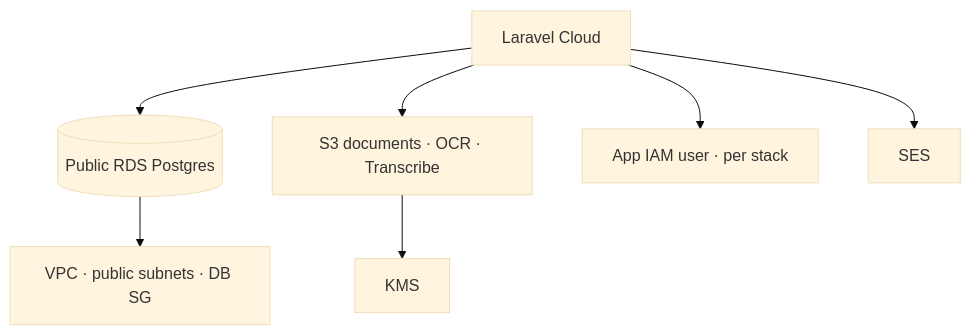
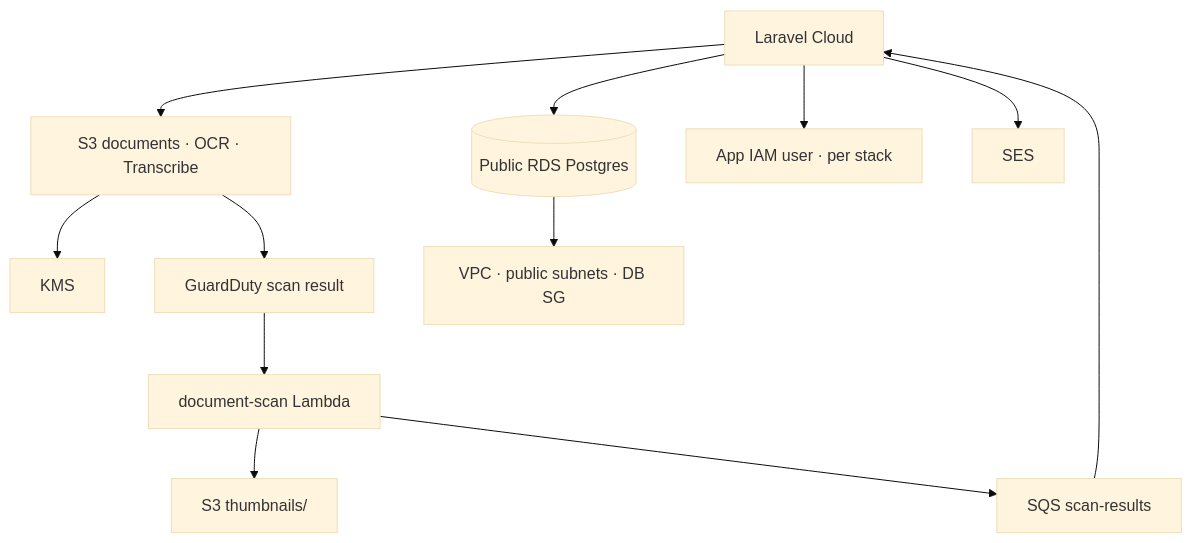
The diagram in apps/platform/infra/README.md (NielsvanHoof/kadans), drawn with Mermaid (base theme) before and after one commit. The commit also changed other lines of this file and 102 other files, not shown here.

First line of the commit message:
Scan-gated document thumbnails via a Go Lambda

````diff
--- a/apps/platform/infra/README.md
+++ b/apps/platform/infra/README.md
@@ -53,9 +53,12 @@
 ```mermaid
 flowchart TB
   Cloud[Laravel Cloud] --> RDS[(Public RDS Postgres)]
   Cloud --> Docs[S3 documents · OCR · Transcribe]
   Cloud --> IAM[App IAM user · per stack]
   Cloud --> SES[SES]
   Docs --> KMS[KMS]
+  Docs --> Scan[GuardDuty scan result] --> Lambda[document-scan Lambda]
+  Lambda --> Thumbs[S3 thumbnails/]
+  Lambda --> ScanQ[SQS scan-results] --> Cloud
   RDS --> VPC[VPC · public subnets · DB SG]
 ```
````
